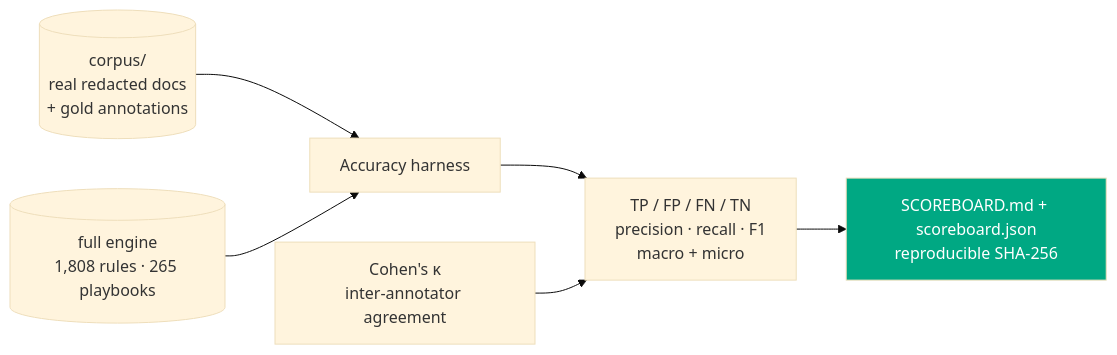
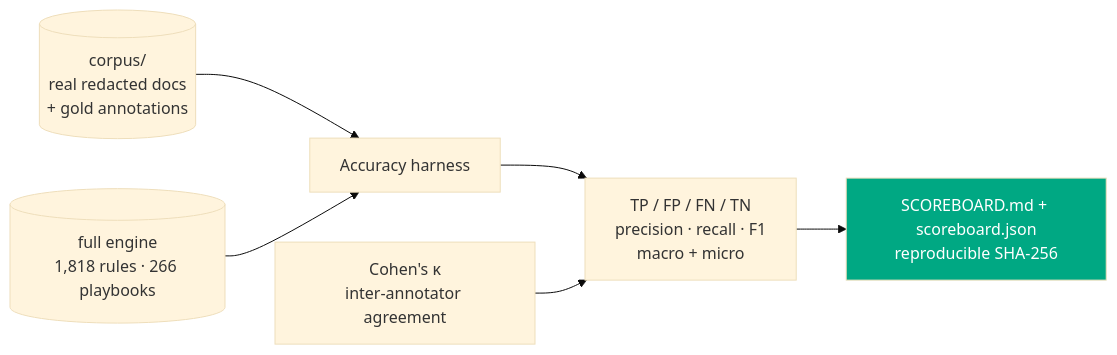
Before and after one commit to clay-good/vaulytica: the seventh of 11 diagrams in README.md, drawn with Mermaid (base theme). The commit also changed other lines of this file and 380 other files, not shown here.

````diff
--- a/README.md
+++ b/README.md
@@ -1213,9 +1213,9 @@
 ```mermaid
 flowchart LR
   C[(corpus/<br/>real redacted docs<br/>+ gold annotations)] --> H[Accuracy harness]
-  R[(full engine<br/>1,808 rules · 265 playbooks)] --> H
+  R[(full engine<br/>1,818 rules · 266 playbooks)] --> H
   H --> M[TP / FP / FN / TN<br/>precision · recall · F1<br/>macro + micro]
   M --> S[SCOREBOARD.md + scoreboard.json<br/>reproducible SHA-256]
   K[Cohen's κ<br/>inter-annotator agreement] --> M
   style S fill:#00A883,color:#fff
 ```
````
